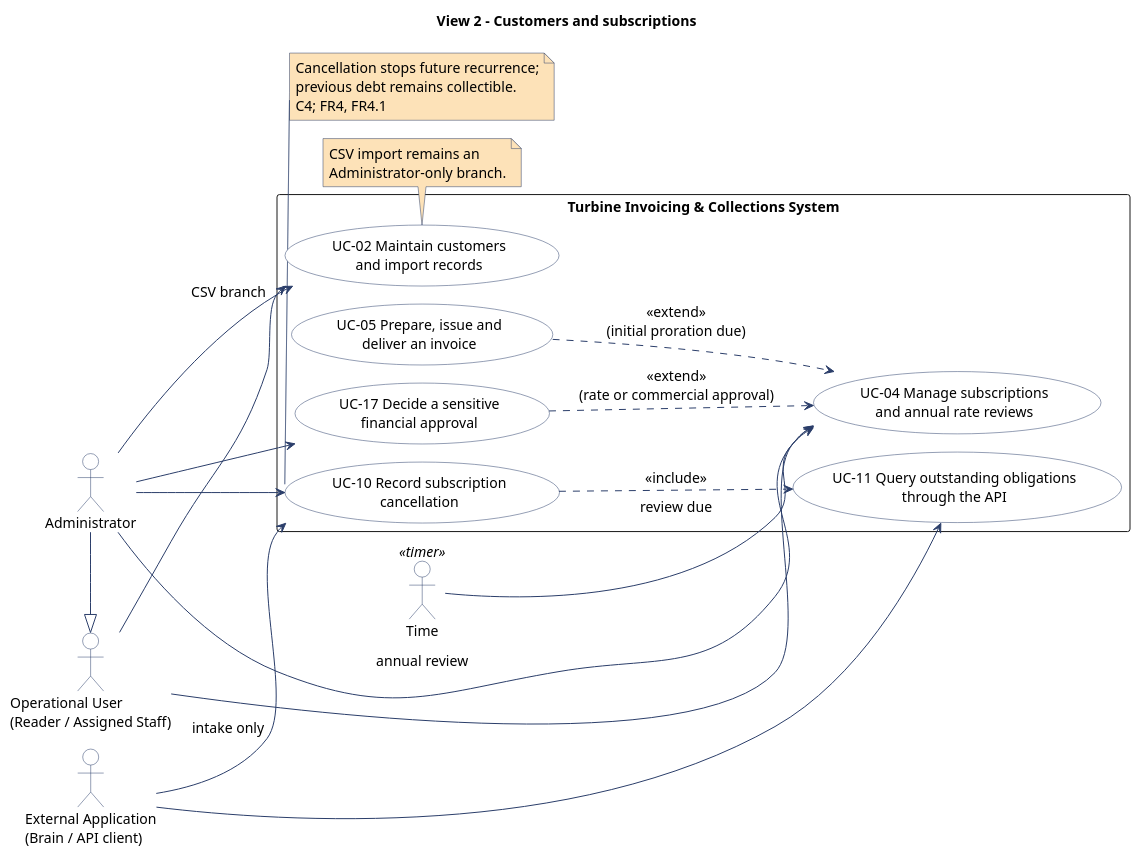
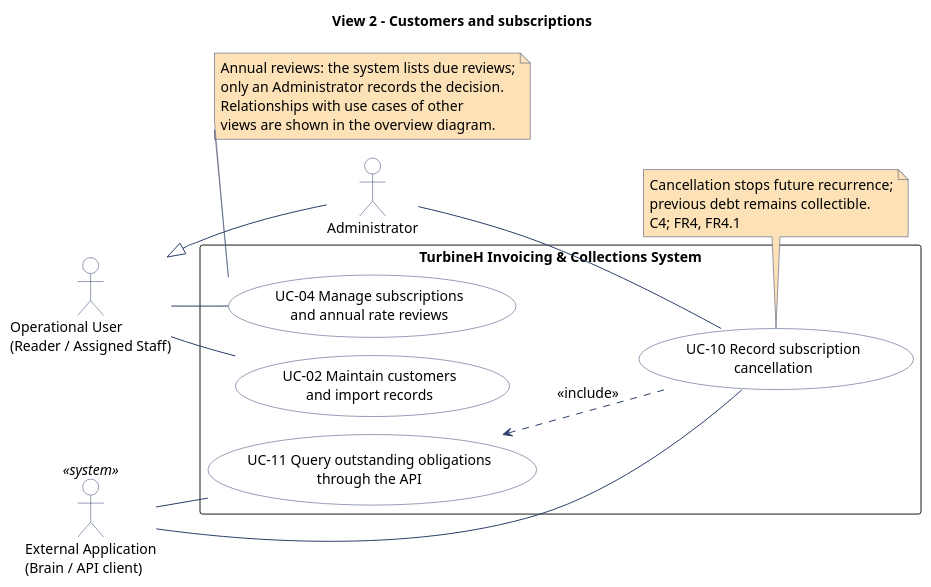
The third of 5 diagrams in doc/src/use-case-diagram.pu (atrevete-adap/adap-project), drawn with PlantUML before and after one commit. The commit also changed other lines of this file and 7 other files, not shown here.

First line of the commit message:
docs: fix use case diagram notation, add overview, remove Time actor (#33, #34, #35)

```diff
--- a/doc/src/use-case-diagram.pu
+++ b/doc/src/use-case-diagram.pu
@@ -77,67 +169,60 @@
 @startuml use-case-diagram-2-customers
 !pragma layout smetana
 left to right direction
 skinparam shadowing false
 skinparam packageStyle rectangle
 skinparam defaultFontName SansSerif
 skinparam defaultFontSize 14
 skinparam backgroundColor #FFFFFF
 skinparam usecase {
   BackgroundColor #FFFFFF
   BorderColor #2B3E6A
   FontColor #000000
 }
 skinparam actor {
   BackgroundColor #FFFFFF
   BorderColor #2B3E6A
   FontColor #000000
 }
 skinparam note {
   BackgroundColor #FDE2B8
   BorderColor #2B3E6A
 }
 skinparam arrow {
   Color #2B3E6A
 }
 title View 2 - Customers and subscriptions
 
 actor "Operational User\n(Reader / Assigned Staff)" as OpUser
 actor "Administrator" as Admin
-actor "Time" as Time <<timer>>
-actor "External Application\n(Brain / API client)" as ExtApp
+actor "External Application\n(Brain / API client)" as ExtApp <<system>>
 
-rectangle "Turbine Invoicing & Collections System" {
+rectangle "TurbineH Invoicing & Collections System" {
   usecase "UC-02 Maintain customers\nand import records" as UC02
   usecase "UC-04 Manage subscriptions\nand annual rate reviews" as UC04
   usecase "UC-10 Record subscription\ncancellation" as UC10
   usecase "UC-11 Query outstanding obligations\nthrough the API" as UC11
-  usecase "UC-05 Prepare, issue and\ndeliver an invoice" as UC05
-  usecase "UC-17 Decide a sensitive\nfinancial approval" as UC17
 }
 
-Admin -|> OpUser
-OpUser --> UC02
-Admin --> UC02 : CSV branch
-OpUser --> UC04
-Admin --> UC04 : annual review
-Time --> UC04 : review due
-Admin --> UC10
-ExtApp --> UC10 : intake only
-ExtApp --> UC11
-Admin --> UC17
-UC10 ..> UC11 : <<include>>
-UC05 ..> UC04 : <<extend>>\n(initial proration due)
-UC17 ..> UC04 : <<extend>>\n(rate or commercial approval)
+OpUser <|-- Admin
+OpUser -- UC02
+OpUser -- UC04
+Admin -- UC10
+ExtApp -- UC10
+ExtApp -- UC11
+UC11 <.. UC10 : <<include>>
 
-note bottom of UC02
-  CSV import remains an
-  Administrator-only branch.
+note bottom of UC04
+  Annual reviews: the system lists due reviews;
+  only an Administrator records the decision.
+  Relationships with use cases of other
+  views are shown in the overview diagram.
 end note
 
 note bottom of UC10
   Cancellation stops future recurrence;
   previous debt remains collectible.
   C4; FR4, FR4.1
 end note
 
 @enduml
```
